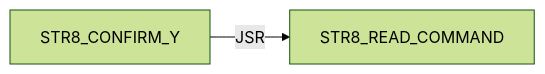
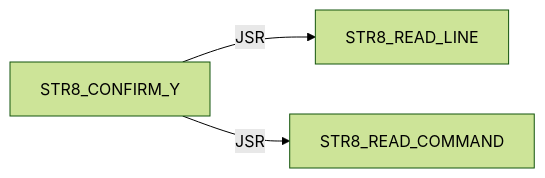
Diagram 11 of 41 in DOC/GUIDES/STR8/STR8_EDGE_DUMP.md (95westus/R-YORS), drawn with Mermaid (forest theme) before and after one commit. The commit also changed other lines of this file and 40 other files, not shown here.

````diff
--- a/DOC/GUIDES/STR8/STR8_EDGE_DUMP.md
+++ b/DOC/GUIDES/STR8/STR8_EDGE_DUMP.md
@@ -146,4 +157,5 @@
 ```mermaid
 flowchart LR
-    N0["STR8_CONFIRM_Y"] -->|JSR| N1["STR8_READ_COMMAND"]
+    N0["STR8_CONFIRM_Y"] -->|JSR| N1["STR8_READ_LINE"]
+    N0["STR8_CONFIRM_Y"] -->|JSR| N2["STR8_READ_COMMAND"]
 ```
````
